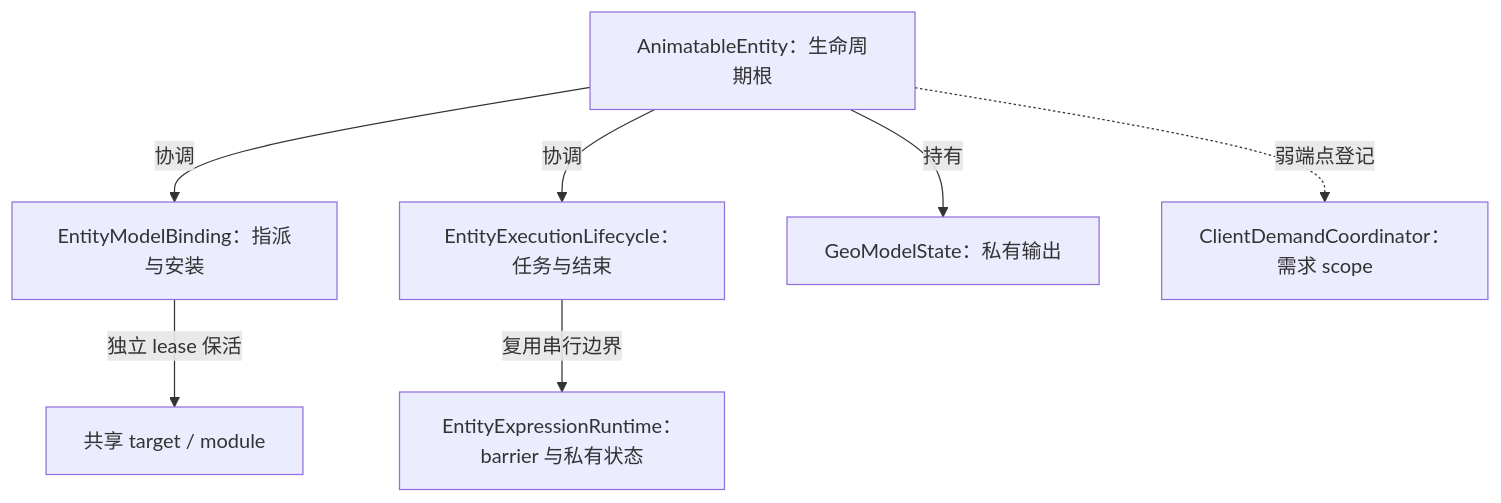
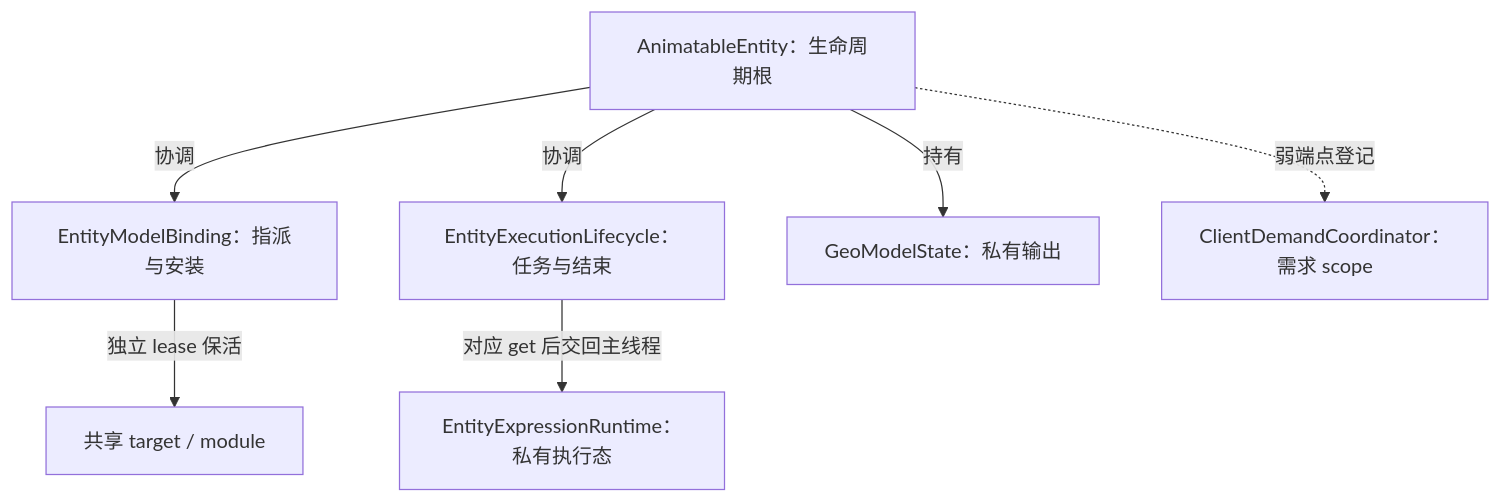
The diagram in docs/architecture/animation/implementation/entity-and-frame-state.md (YesSteveModel/YesSteveModel), drawn with Mermaid before and after one commit. The commit also changed other lines of this file and 80 other files, not shown here.

````diff
--- a/docs/architecture/animation/implementation/entity-and-frame-state.md
+++ b/docs/architecture/animation/implementation/entity-and-frame-state.md
@@ -9,9 +9,9 @@
 ```mermaid
 flowchart TB
     Root["AnimatableEntity：生命周期根"] -->|"协调"| Binding["EntityModelBinding：指派与安装"]
     Root -->|"协调"| Life["EntityExecutionLifecycle：任务与结束"]
-    Life -->|"复用串行边界"| Runtime["EntityExpressionRuntime：barrier 与私有状态"]
+    Life -->|"对应 get 后交回主线程"| Runtime["EntityExpressionRuntime：私有执行态"]
     Binding -->|"独立 lease 保活"| Target["共享 target / module"]
     Root -->|"持有"| Output["GeoModelState：私有输出"]
     Root -.->|"弱端点登记"| Demand["ClientDemandCoordinator：需求 scope"]
 ```
````
